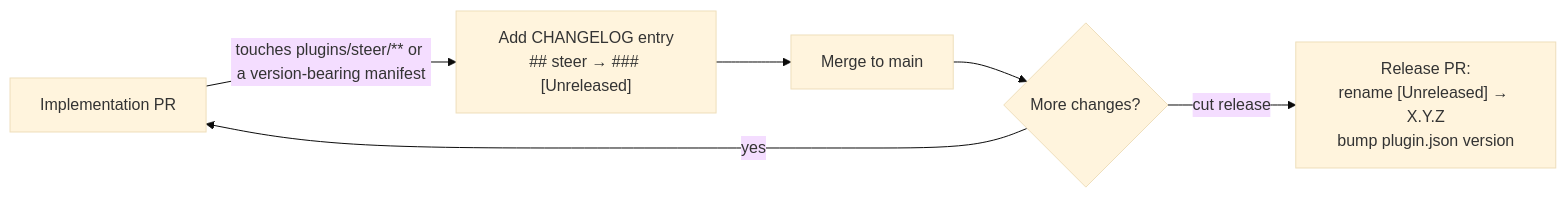
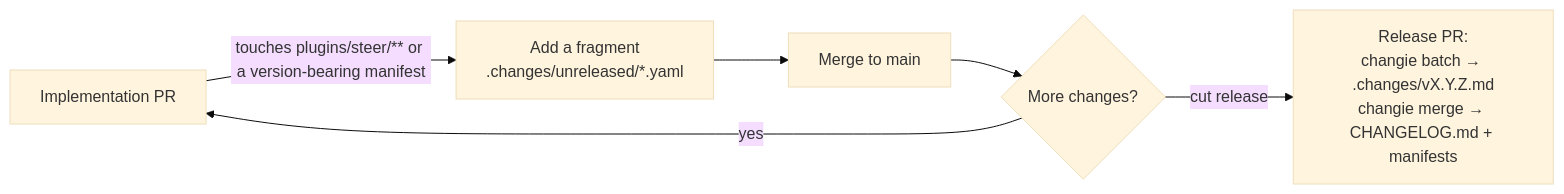
Before and after one commit to element22llc/e22-plugins: the diagram in docs/contributing/release-process.md, drawn with Mermaid (base theme). The commit also changed other lines of this file and 13 other files, not shown here.

````diff
--- a/docs/contributing/release-process.md
+++ b/docs/contributing/release-process.md
@@ -8,8 +9,8 @@
 ```mermaid
 flowchart LR
-    PR[Implementation PR] -->|touches plugins/steer/** or a version-bearing manifest| ENTRY["Add CHANGELOG entry<br/>## steer → ### [Unreleased]"]
+    PR[Implementation PR] -->|touches plugins/steer/** or a version-bearing manifest| ENTRY["Add a fragment<br/>.changes/unreleased/*.yaml"]
     ENTRY --> MERGE[Merge to main]
     MERGE --> REPEAT{More changes?}
     REPEAT -->|yes| PR
-    REPEAT -->|cut release| RELEASE["Release PR:<br/>rename [Unreleased] → X.Y.Z<br/>bump plugin.json version"]
+    REPEAT -->|cut release| RELEASE["Release PR:<br/>changie batch → .changes/vX.Y.Z.md<br/>changie merge → CHANGELOG.md + manifests"]
 ```
````
